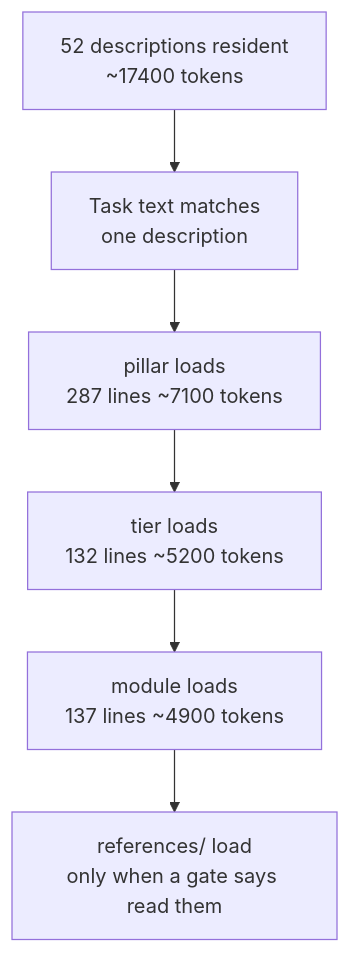
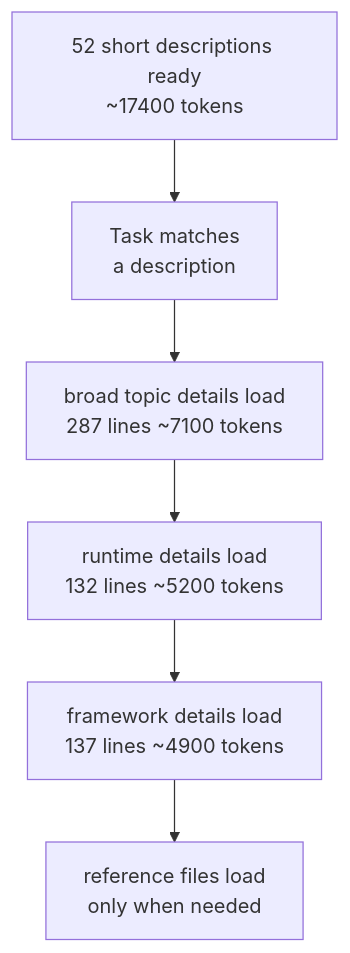
One commit to anantbhandarkar/make-it-right changed the fifth of 7 diagrams in README.md. Above: the diagram before and after it, drawn with Mermaid. The commit also changed other lines of this file and 2 other files, not shown here.

Commit message:
docs: simplify README for broad audiences

````diff
--- a/README.md
+++ b/README.md
@@ -214,16 +287,16 @@
 ```mermaid
 flowchart TD
-    accTitle: Progressive disclosure and what it costs
-    accDescr: Progressive disclosure -- descriptions are always resident, then a matching task loads the pillar, then the tier, then the module, and reference files load last
-    d_idle["52 descriptions resident<br/>~17400 tokens"]
-    d_match["Task text matches<br/>one description"]
-    d_mir_backend["pillar loads<br/>287 lines ~7100 tokens"]
-    d_mir_backend_python["tier loads<br/>132 lines ~5200 tokens"]
-    d_mir_backend_python_fastapi["module loads<br/>137 lines ~4900 tokens"]
-    d_refs["references/ load<br/>only when a gate says read them"]
+    accTitle: How instructions are loaded
+    accDescr: Only matching details load: the broad topic, then the runtime, then the framework; reference files load last
+    d_idle["52 short descriptions ready<br/>~17400 tokens"]
+    d_match["Task matches<br/>a description"]
+    d_mir_backend["broad topic details load<br/>287 lines ~7100 tokens"]
+    d_mir_backend_python["runtime details load<br/>132 lines ~5200 tokens"]
+    d_mir_backend_python_fastapi["framework details load<br/>137 lines ~4900 tokens"]
+    d_refs["reference files load<br/>only when needed"]
     d_idle --> d_match
     d_match --> d_mir_backend
     d_mir_backend --> d_mir_backend_python
     d_mir_backend_python --> d_mir_backend_python_fastapi
     d_mir_backend_python_fastapi --> d_refs
 ```
````
